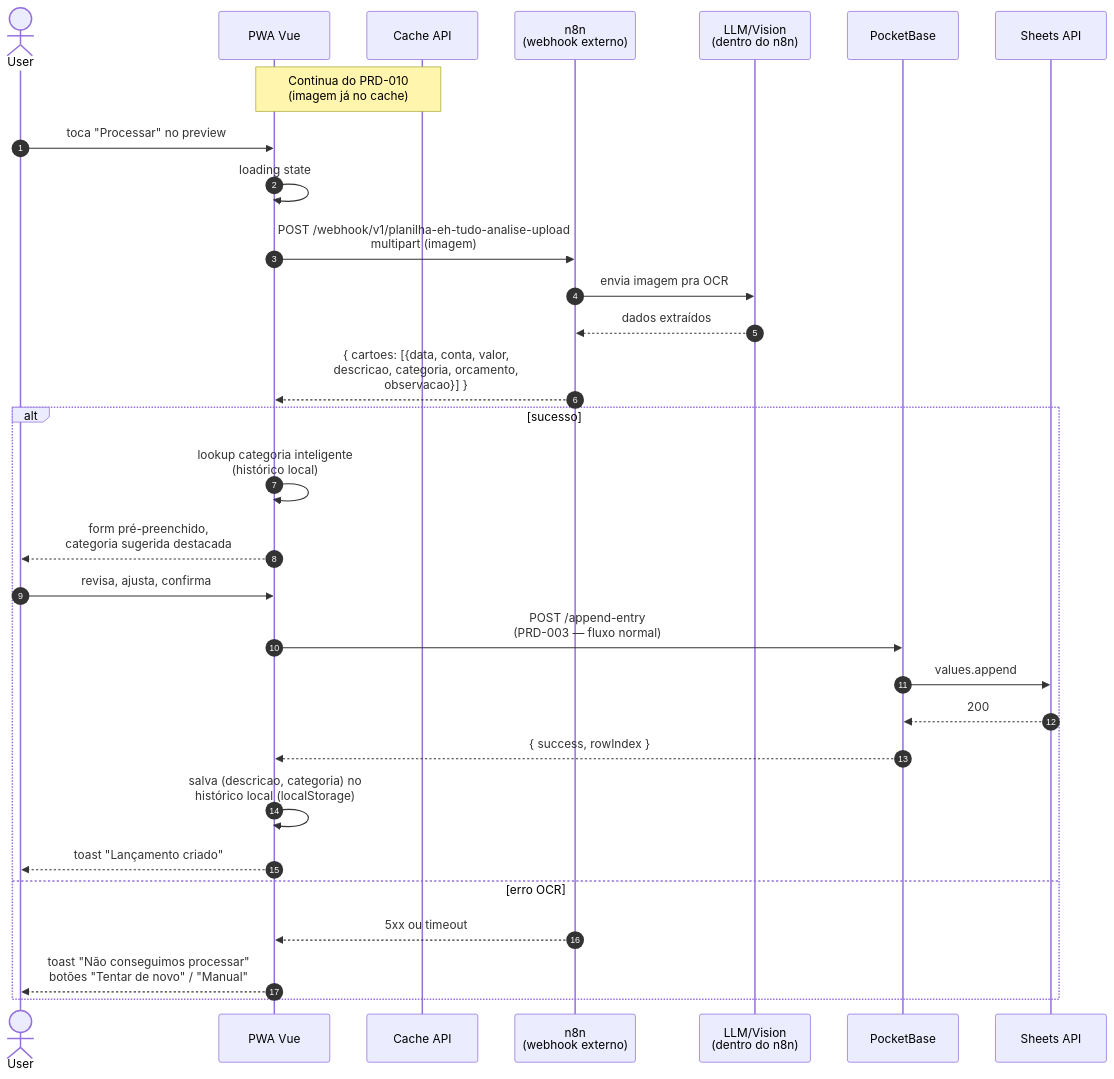
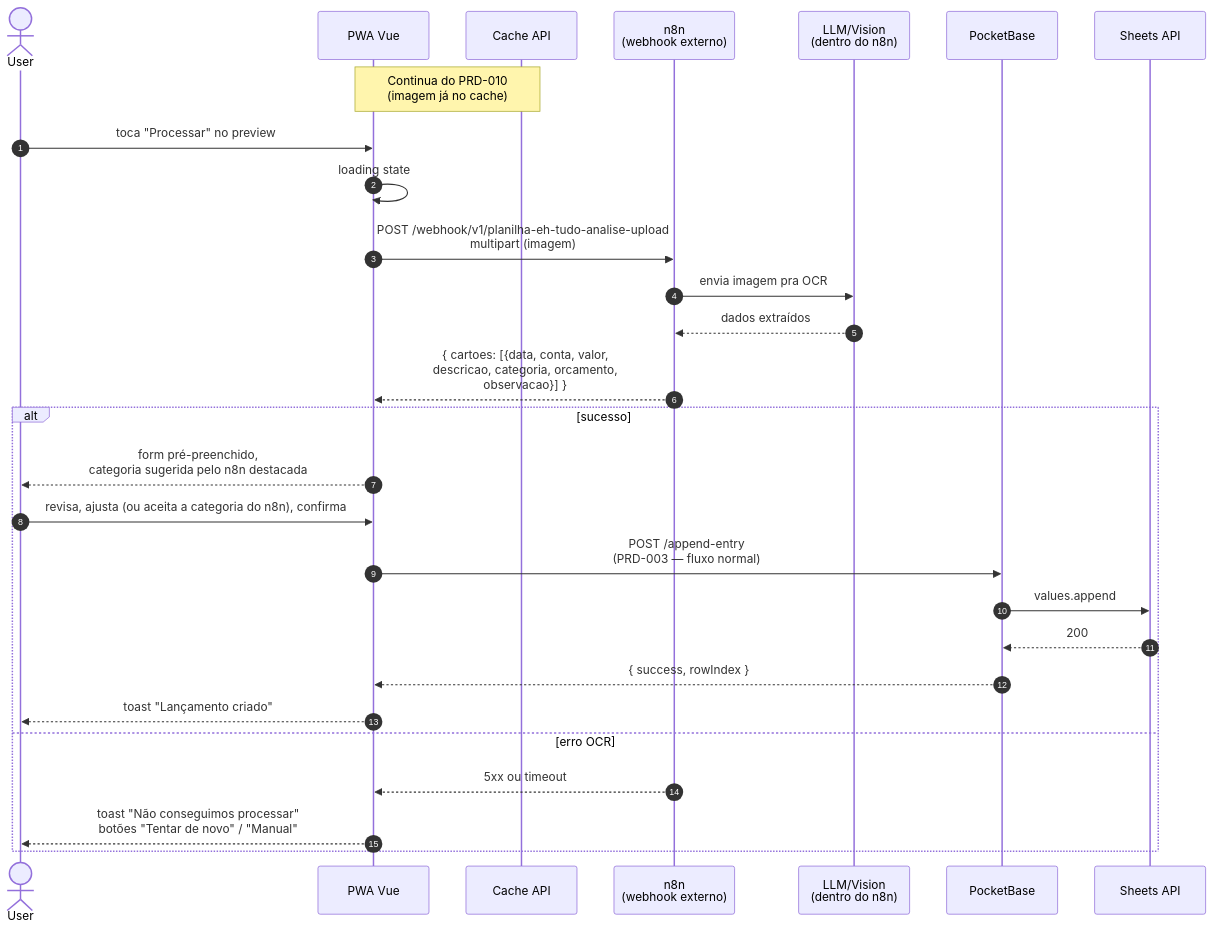
Before and after one commit to edsonlcandido/ehtudoplanilha: the diagram in docs/prd/PRD-011-ocr-comprovantes.md, drawn with Mermaid. The commit also changed other lines of this file, not shown here.

First line of the commit message:
remove categorizacao inteligente e historico do PRD-011

````diff
--- a/docs/prd/PRD-011-ocr-comprovantes.md
+++ b/docs/prd/PRD-011-ocr-comprovantes.md
@@ -135,34 +133,32 @@
 ```mermaid
 sequenceDiagram
     autonumber
     actor U as User
     participant PWA as PWA Vue
     participant Cache as Cache API
     participant N8N as n8n<br/>(webhook externo)
     participant LLM as LLM/Vision<br/>(dentro do n8n)
     participant PB as PocketBase
     participant S as Sheets API
 
     Note over PWA,Cache: Continua do PRD-010<br/>(imagem já no cache)
     U->>PWA: toca "Processar" no preview
     PWA->>PWA: loading state
     PWA->>N8N: POST /webhook/v1/planilha-eh-tudo-analise-upload<br/>multipart (imagem)
     N8N->>LLM: envia imagem pra OCR
     LLM-->>N8N: dados extraídos
     N8N-->>PWA: { cartoes: [{data, conta, valor,<br/>  descricao, categoria, orcamento,<br/>  observacao}] }
 
     alt sucesso
-        PWA->>PWA: lookup categoria inteligente<br/>(histórico local)
-        PWA-->>U: form pré-preenchido,<br/>categoria sugerida destacada
-        U->>PWA: revisa, ajusta, confirma
+        PWA-->>U: form pré-preenchido,<br/>categoria sugerida pelo n8n destacada
+        U->>PWA: revisa, ajusta (ou aceita a categoria do n8n), confirma
         PWA->>PB: POST /append-entry<br/>(PRD-003 — fluxo normal)
         PB->>S: values.append
         S-->>PB: 200
         PB-->>PWA: { success, rowIndex }
-        PWA->>PWA: salva (descricao, categoria) no<br/>histórico local (localStorage)
         PWA-->>U: toast "Lançamento criado"
     else erro OCR
         N8N-->>PWA: 5xx ou timeout
         PWA-->>U: toast "Não conseguimos processar"<br/>botões "Tentar de novo" / "Manual"
     end
 ```
````
